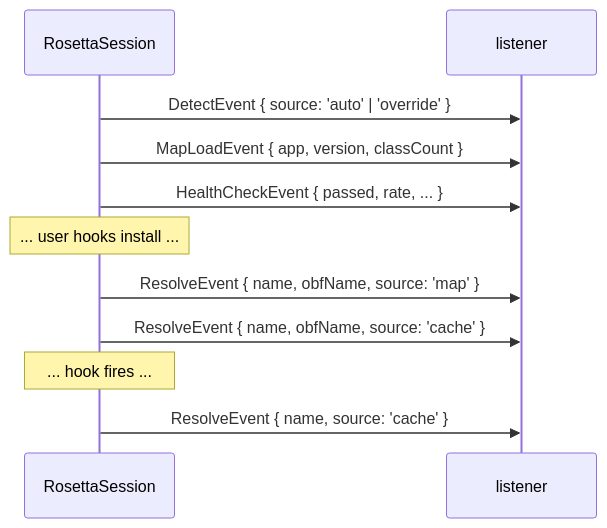
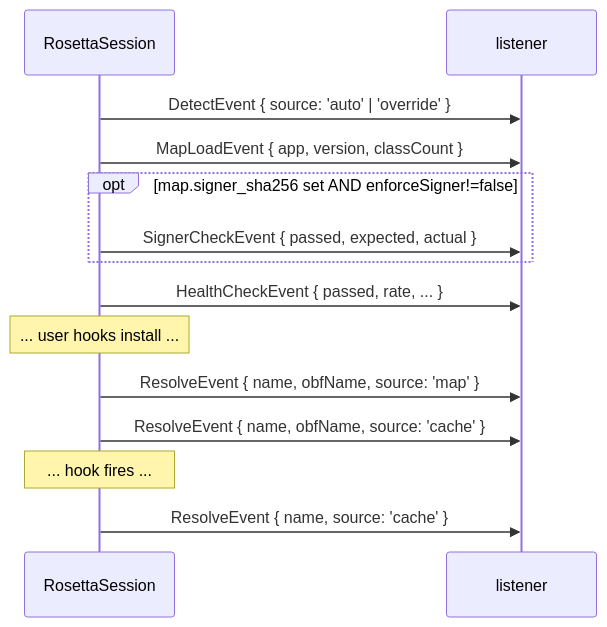
One commit to Xiddoc/rosetta-frida changed the diagram in docs/reference/events.md. Above: the diagram before and after it, drawn with Mermaid. The commit also changed other lines of this file and 9 other files, not shown here.

First line of the commit message:
docs(signer): document signer_sha256 enforcement as implemented

````diff
--- a/docs/reference/events.md
+++ b/docs/reference/events.md
@@ -195,14 +250,17 @@
 ```mermaid
 sequenceDiagram
     participant S as RosettaSession
     participant L as listener
 
     S->>L: DetectEvent { source: 'auto' | 'override' }
     S->>L: MapLoadEvent { app, version, classCount }
+    opt map.signer_sha256 set AND enforceSigner!=false
+        S->>L: SignerCheckEvent { passed, expected, actual }
+    end
     S->>L: HealthCheckEvent { passed, rate, ... }
     Note over S: ... user hooks install ...
     S->>L: ResolveEvent { name, obfName, source: 'map' }
     S->>L: ResolveEvent { name, obfName, source: 'cache' }
     Note over S: ... hook fires ...
     S->>L: ResolveEvent { name, source: 'cache' }
 ```
````
